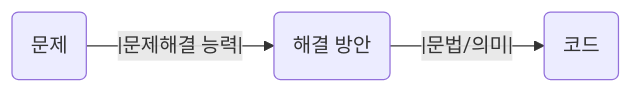
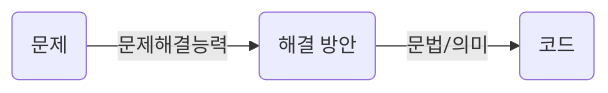
Before and after one commit to LeeHyeongTae/js_deepdive_study: the third of 3 diagrams in src/01 프로그래밍/01.md, drawn with Mermaid. The commit also changed other lines of this file, not shown here.

````diff
--- a/src/01 프로그래밍/01.md
+++ b/src/01 프로그래밍/01.md
@@ -59,8 +59,8 @@
 ```mermaid
 flowchart LR
     problem(문제)
     solution(해결 방안)
     code(코드)
-    problem --|문제해결 능력|--> solution
-    solution --|문법/의미|--> code
+    problem --문제해결능력--> solution
+    solution --문법/의미--> code
 ```
````
